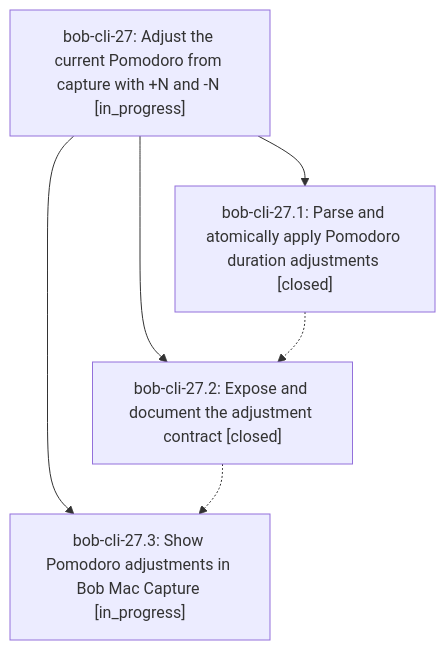
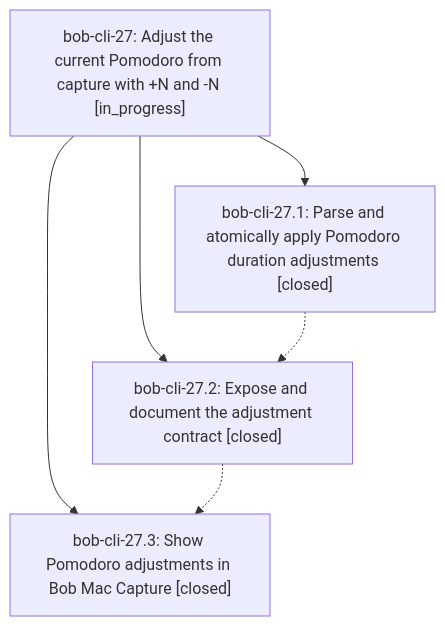
The diagram in pages/bob-cli-27/README.md (bobs-org/bob-cli--beads), drawn with Mermaid before and after one commit. The commit also changed other lines of this file and 2 other files, not shown here.

Commit message:
chore(beads): sync bead state and pages for bob-cli-27
SASE_TYPE=beads
SASE_AGENT=[bbugyi200.apollo.bob-cli-27.3][1]

[1]: https://github.com/bobs-org/bob-cli--agents/blob/main/agents/bbugyi200.apollo.bob-cli-27.3/README.md

````diff
--- a/pages/bob-cli-27/README.md
+++ b/pages/bob-cli-27/README.md
@@ -24,12 +24,12 @@
 ```mermaid
 flowchart TD
     n0["bob-cli-27: Adjust the current Pomodoro from capture with +N and -N [in_progress]"]
     n1["bob-cli-27.1: Parse and atomically apply Pomodoro duration adjustments [closed]"]
     n2["bob-cli-27.2: Expose and document the adjustment contract [closed]"]
-    n3["bob-cli-27.3: Show Pomodoro adjustments in Bob Mac Capture [in_progress]"]
+    n3["bob-cli-27.3: Show Pomodoro adjustments in Bob Mac Capture [closed]"]
     n0 --> n1
     n0 --> n2
     n0 --> n3
     n1 -.-> n2
     n2 -.-> n3
 ```
````
